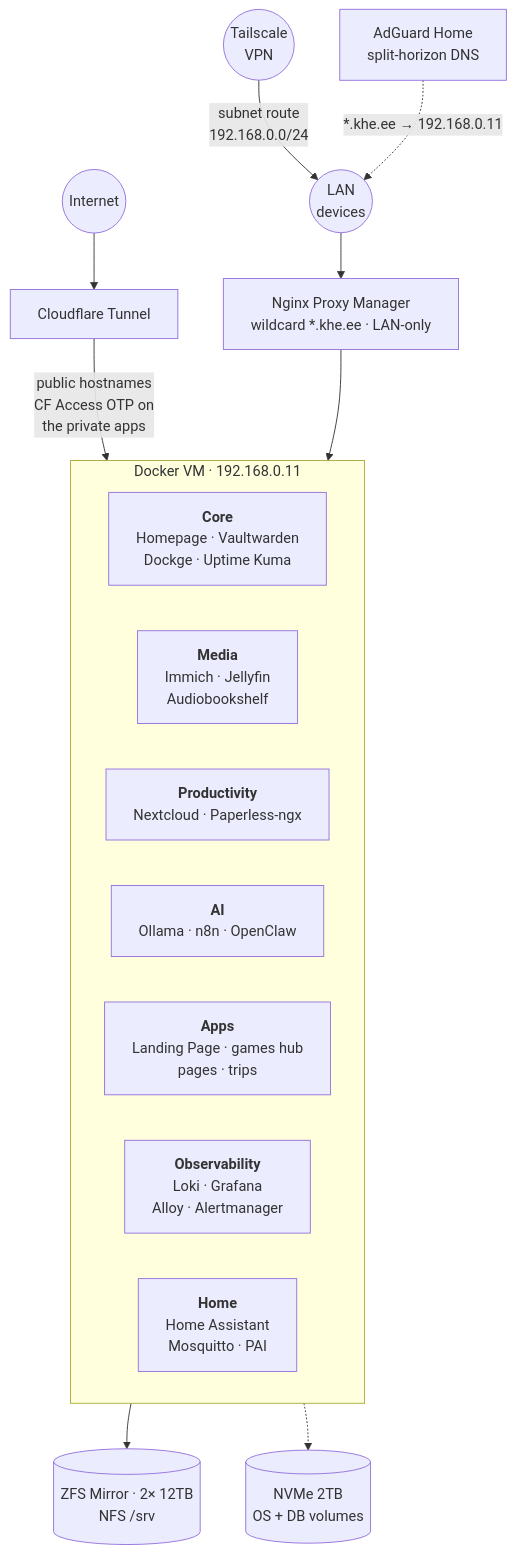
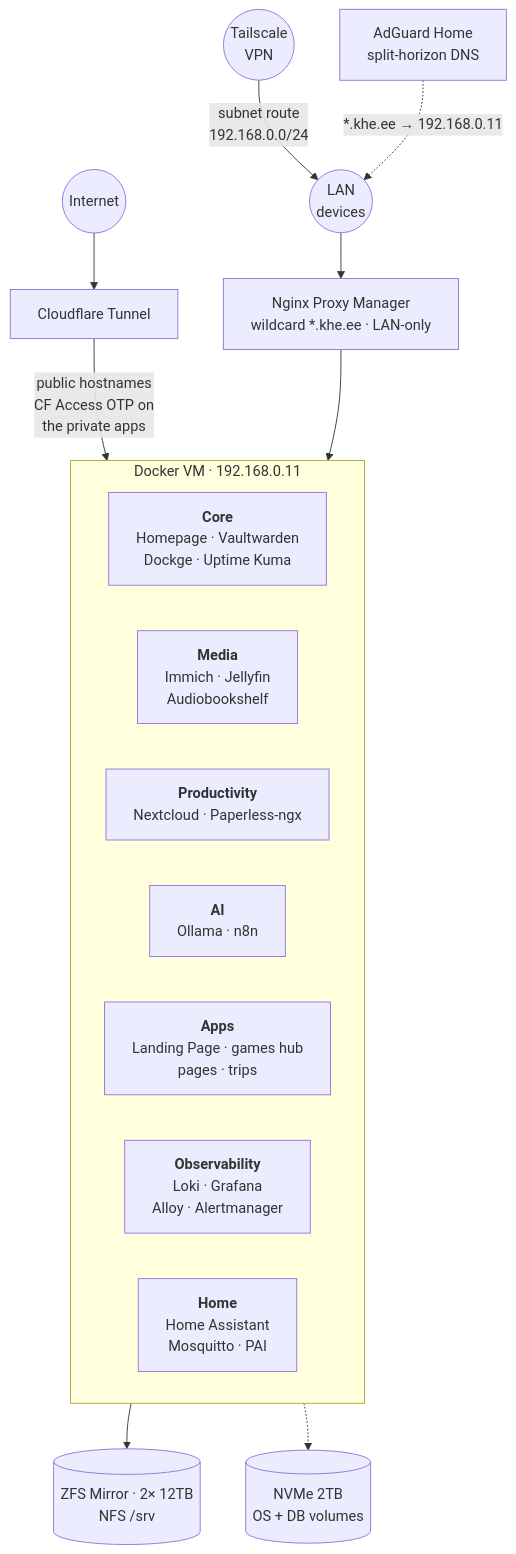
Before and after one commit to khelias/khe-homelab: the diagram in README.md, drawn with Mermaid. The commit also changed other lines of this file and 20 other files, not shown here.

First line of the commit message:
Remove OpenClaw from the homelab

````diff
--- a/README.md
+++ b/README.md
@@ -7,28 +7,28 @@
 ```mermaid
 graph TB
     Internet((Internet))
     VPN((Tailscale<br/>VPN))
     LAN((LAN<br/>devices))
 
     Internet --> CF[Cloudflare Tunnel]
     VPN -->|subnet route<br/>192.168.0.0/24| LAN
     AG[AdGuard Home<br/>split-horizon DNS] -.->|*.khe.ee → 192.168.0.11| LAN
     LAN --> NPM[Nginx Proxy Manager<br/>wildcard *.khe.ee · LAN-only]
 
     CF -->|public hostnames<br/>CF Access OTP on<br/>the private apps| DVM
     NPM --> DVM
 
     subgraph DVM[Docker VM · 192.168.0.11]
         direction LR
         Core["<b>Core</b><br/>Homepage · Vaultwarden<br/>Dockge · Uptime Kuma"]
         Media["<b>Media</b><br/>Immich · Jellyfin<br/>Audiobookshelf"]
         Prod["<b>Productivity</b><br/>Nextcloud · Paperless-ngx"]
-        AI["<b>AI</b><br/>Ollama · n8n · OpenClaw"]
+        AI["<b>AI</b><br/>Ollama · n8n"]
         Apps["<b>Apps</b><br/>Landing Page · games hub<br/>pages · trips"]
         Obs["<b>Observability</b><br/>Loki · Grafana<br/>Alloy · Alertmanager"]
         Home["<b>Home</b><br/>Home Assistant<br/>Mosquitto · PAI"]
     end
 
     DVM --> HDD[(ZFS Mirror · 2× 12TB<br/>NFS /srv)]
     DVM -.-> NVMe[(NVMe 2TB<br/>OS + DB volumes)]
 ```
````
